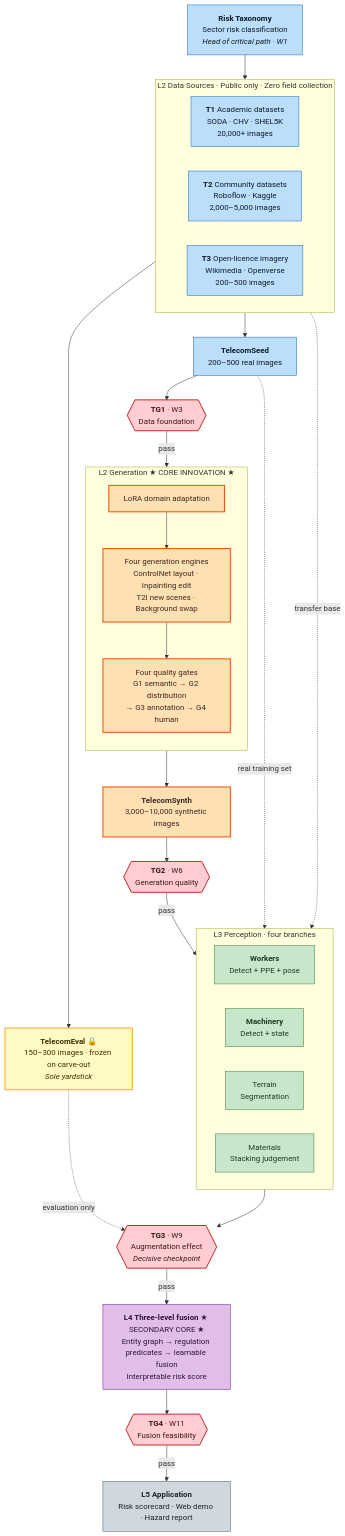
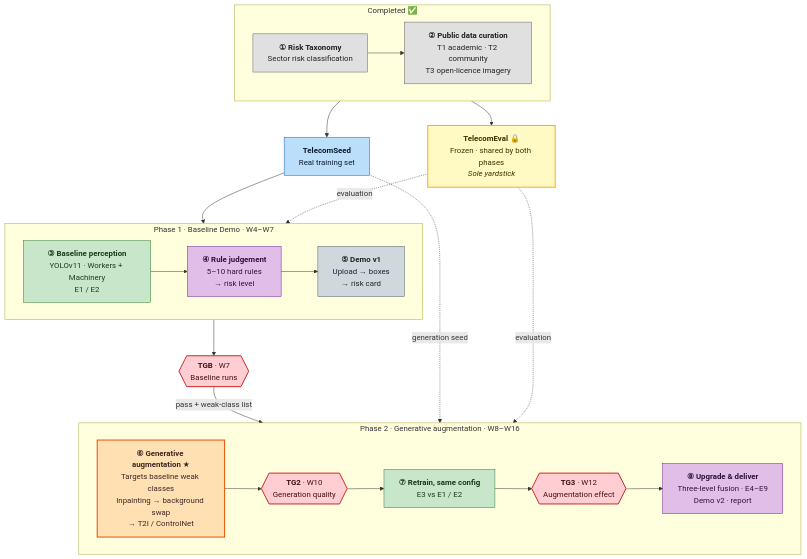
The first of 4 diagrams in docs/05-Technological-Roadmap-EN.md (muamuauh/AY26S1-45-SPML), drawn with Mermaid before and after one commit. The commit also changed other lines of this file and 17 other files, not shown here.

First line of the commit message:
docs: switch to baseline-first two-phase flow and prune stale content

````diff
--- a/docs/05-Technological-Roadmap-EN.md
+++ b/docs/05-Technological-Roadmap-EN.md
@@ -26,64 +46,50 @@
 ```mermaid
 flowchart TB
+    classDef done fill:#e0e0e0,stroke:#616161,stroke-width:1px,color:#212121
     classDef data fill:#bbdefb,stroke:#1565c0,stroke-width:1px,color:#0d1b2a
     classDef core fill:#ffe0b2,stroke:#e65100,stroke-width:2px,color:#3e2723
     classDef perc fill:#c8e6c9,stroke:#2e7d32,stroke-width:1px,color:#1b3a1e
     classDef fuse fill:#e1bee7,stroke:#6a1b9a,stroke-width:1px,color:#2e1437
     classDef gate fill:#ffcdd2,stroke:#c62828,stroke-width:2px,color:#3e1416
     classDef app fill:#cfd8dc,stroke:#455a64,stroke-width:1px,color:#1c2529
     classDef eval fill:#fff9c4,stroke:#f9a825,stroke-width:2px,color:#3e3000
 
-    TAX["<b>Risk Taxonomy</b><br/>Sector risk classification<br/><i>Head of critical path · W1</i>"]:::data
-
-    subgraph SRC["L2 Data Sources · Public only · Zero field collection"]
+    subgraph P0["Completed ✅"]
         direction LR
-        T1["<b>T1</b> Academic datasets<br/>SODA · CHV · SHEL5K<br/>20,000+ images"]:::data
-        T2["<b>T2</b> Community datasets<br/>Roboflow · Kaggle<br/>2,000–5,000 images"]:::data
-        T3["<b>T3</b> Open-licence imagery<br/>Wikimedia · Openverse<br/>200–500 images"]:::data
+        TAX["<b>① Risk Taxonomy</b><br/>Sector risk classification"]:::done
+        DATA["<b>② Public data curation</b><br/>T1 academic · T2 community<br/>T3 open-licence imagery"]:::done
+        TAX --> DATA
     end
 
-    SEED["<b>TelecomSeed</b><br/>200–500 real images"]:::data
-    EVAL["<b>TelecomEval</b> 🔒<br/>150–300 images · frozen on carve-out<br/><i>Sole yardstick</i>"]:::eval
+    SEED["<b>TelecomSeed</b><br/>Real training set"]:::data
+    EVAL["<b>TelecomEval</b> 🔒<br/>Frozen · shared by both phases<br/><i>Sole yardstick</i>"]:::eval
 
-    subgraph GEN["L2 Generation ★ CORE INNOVATION ★"]
-        direction TB
-        LORA["LoRA domain adaptation"]:::core
-        ENG["Four generation engines<br/>ControlNet layout · Inpainting edit<br/>T2I new scenes · Background swap"]:::core
-        QG["Four quality gates<br/>G1 semantic → G2 distribution<br/>→ G3 annotation → G4 human"]:::core
-        LORA --> ENG --> QG
+    subgraph PA["Phase 1 · Baseline Demo · W4–W7"]
+        direction LR
+        BASE["<b>③ Baseline perception</b><br/>YOLOv11 · Workers + Machinery<br/>E1 / E2"]:::perc
+        RULE["<b>④ Rule judgement</b><br/>5–10 hard rules<br/>→ risk level"]:::fuse
+        DEMO["<b>⑤ Demo v1</b><br/>Upload → boxes<br/>→ risk card"]:::app
+        BASE --> RULE --> DEMO
     end
 
-    SYNTH["<b>TelecomSynth</b><br/>3,000–10,000 synthetic images"]:::core
+    TGB{{"<b>TGB</b> · W7<br/>Baseline runs"}}:::gate
 
-    subgraph PERC["L3 Perception · four branches"]
+    subgraph PB["Phase 2 · Generative augmentation · W8–W16"]
         direction LR
-        PW["<b>Workers</b><br/>Detect + PPE + pose"]:::perc
-        PM["<b>Machinery</b><br/>Detect + state"]:::perc
-        PT["Terrain<br/>Segmentation"]:::perc
-        PMT["Materials<br/>Stacking judgement"]:::perc
+        GEN["<b>⑥ Generative augmentation</b> ★<br/>Targets baseline weak classes<br/>Inpainting → background swap<br/>→ T2I / ControlNet"]:::core
+        TG2{{"<b>TG2</b> · W10<br/>Generation quality"}}:::gate
+        RETRAIN["<b>⑦ Retrain, same config</b><br/>E3 vs E1 / E2"]:::perc
+        TG3{{"<b>TG3</b> · W12<br/>Augmentation effect"}}:::gate
+        UP["<b>⑧ Upgrade & deliver</b><br/>Three-level fusion · E4–E9<br/>Demo v2 · report"]:::fuse
+        GEN --> TG2 --> RETRAIN --> TG3 --> UP
     end
 
-    FUSE["<b>L4 Three-level fusion</b> ★ SECONDARY CORE ★<br/>Entity graph → regulation predicates → learnable fusion<br/>Interpretable risk score"]:::fuse
-    APP["<b>L5 Application</b><br/>Risk scorecard · Web demo · Hazard report"]:::app
-
-    TG1{{"<b>TG1</b> · W3<br/>Data foundation"}}:::gate
-    TG2{{"<b>TG2</b> · W6<br/>Generation quality"}}:::gate
-    TG3{{"<b>TG3</b> · W9<br/>Augmentation effect<br/><i>Decisive checkpoint</i>"}}:::gate
-    TG4{{"<b>TG4</b> · W11<br/>Fusion feasibility"}}:::gate
-
-    TAX --> SRC
-    SRC --> SEED
-    SRC --> EVAL
-    SEED --> TG1
-    TG1 -->|pass| GEN
-    QG --> SYNTH
-    SYNTH --> TG2
-    TG2 -->|pass| PERC
-    SEED -.real training set.-> PERC
-    T1 -.transfer base.-> PERC
-    PERC --> TG3
-    TG3 -->|pass| FUSE
-    FUSE --> TG4
-    TG4 -->|pass| APP
-    EVAL -.evaluation only.-> TG3
+    DATA --> SEED
+    DATA --> EVAL
+    SEED --> BASE
+    DEMO --> TGB
+    TGB -->|pass + weak-class list| GEN
+    SEED -.generation seed.-> GEN
+    EVAL -.evaluation.-> BASE
+    EVAL -.evaluation.-> RETRAIN
 ```
````
